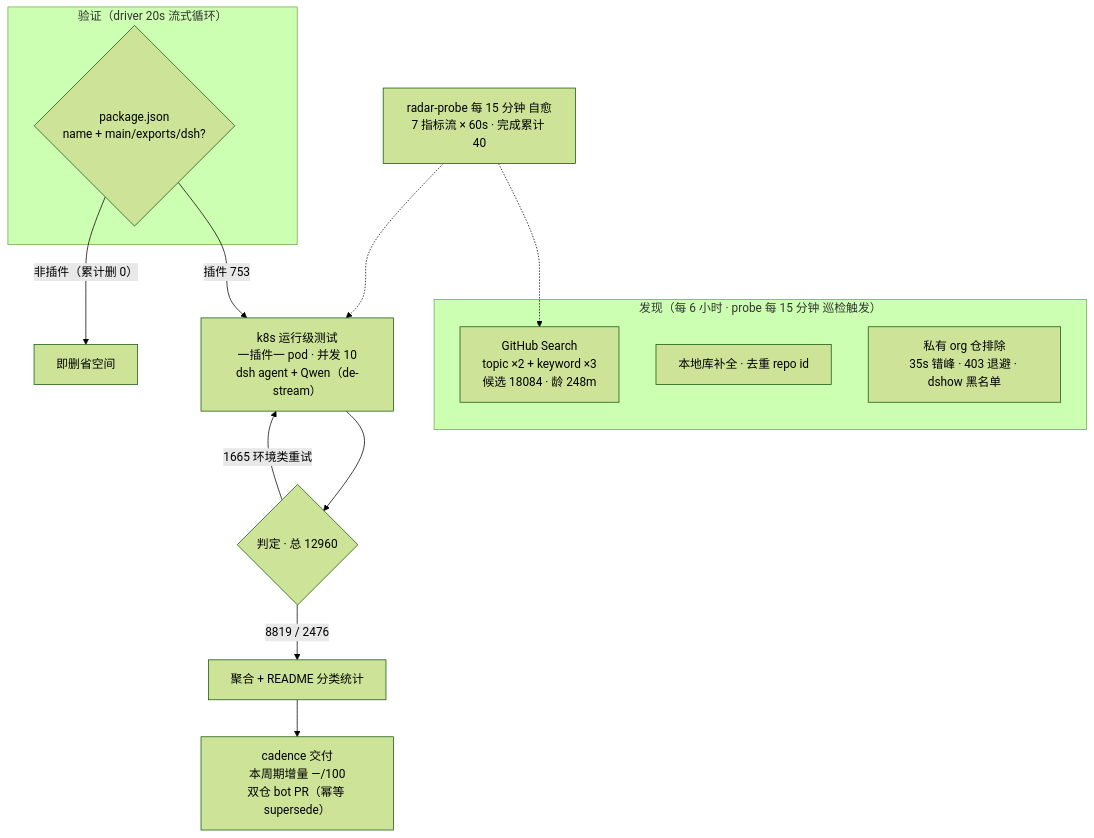
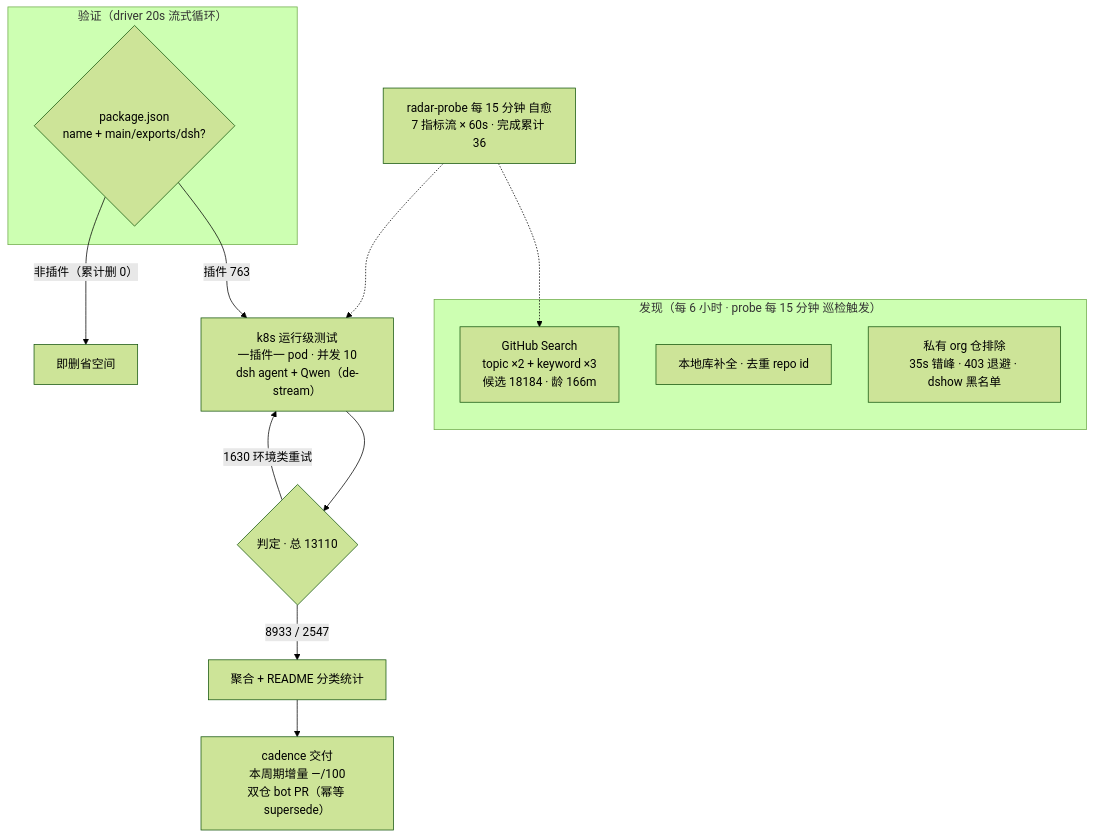
The diagram in README.md (AdamPlatin123/awesome-dsh-plugins), drawn with Mermaid (forest theme) before and after one commit. The commit also changed other lines of this file and 5 other files, not shown here.

````diff
--- a/README.md
+++ b/README.md
@@ -52,20 +52,20 @@
 ```mermaid
 flowchart TB
     subgraph Discovery["发现（每 6 小时 · probe 每 15 分钟 巡检触发）"]
-        A1["GitHub Search<br/>topic ×2 + keyword ×3<br/>候选 18084 · 龄 248m"]
+        A1["GitHub Search<br/>topic ×2 + keyword ×3<br/>候选 18184 · 龄 166m"]
         A2["本地库补全 · 去重 repo id"]
         A3["私有 org 仓排除<br/>35s 错峰 · 403 退避 · dshow 黑名单"]
     end
     subgraph Validation["验证（driver 20s 流式循环）"]
         B1{"package.json<br/>name + main/exports/dsh?"}
     end
-    B1 -->|"插件 753"| C1["k8s 运行级测试<br/>一插件一 pod · 并发 10<br/>dsh agent + Qwen（de-stream）"]
+    B1 -->|"插件 763"| C1["k8s 运行级测试<br/>一插件一 pod · 并发 10<br/>dsh agent + Qwen（de-stream）"]
     B1 -->|"非插件（累计删 0）"| B3["即删省空间"]
-    C1 --> D1{"判定 · 总 12960"}
-    D1 -->|"8819 / 2476"| E1["聚合 + README 分类统计"]
-    D1 -->|"1665 环境类重试"| C1
+    C1 --> D1{"判定 · 总 13110"}
+    D1 -->|"8933 / 2547"| E1["聚合 + README 分类统计"]
+    D1 -->|"1630 环境类重试"| C1
     E1 --> E2["cadence 交付<br/>本周期增量 —/100<br/>双仓 bot PR（幂等 supersede）"]
-    M["radar-probe 每 15 分钟 自愈<br/>7 指标流 × 60s · 完成累计 40"]
+    M["radar-probe 每 15 分钟 自愈<br/>7 指标流 × 60s · 完成累计 36"]
     M -.-> A1
     M -.-> C1
 ```
````
